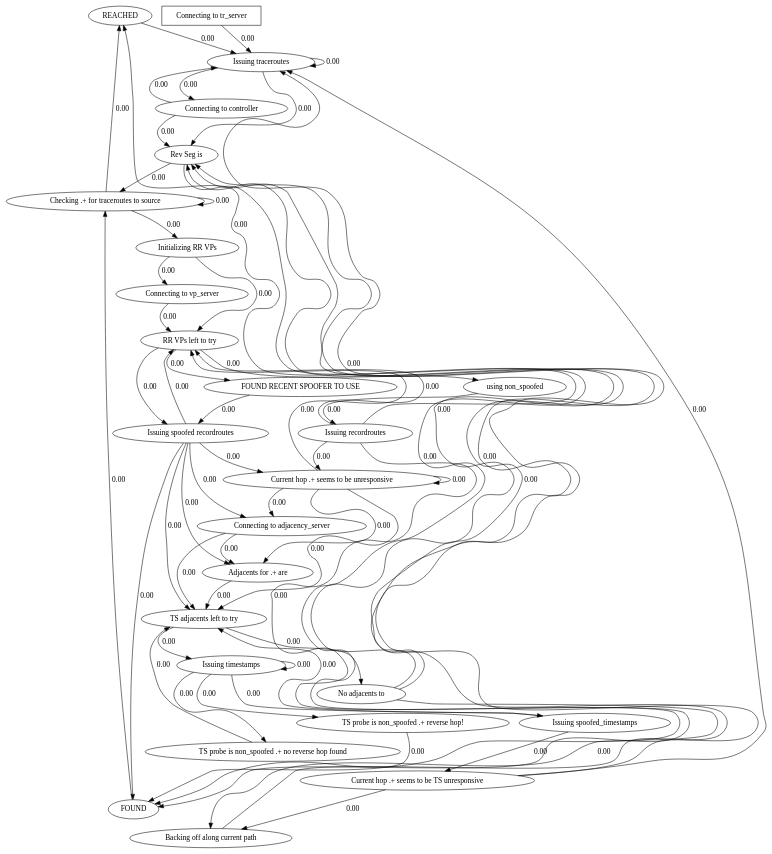
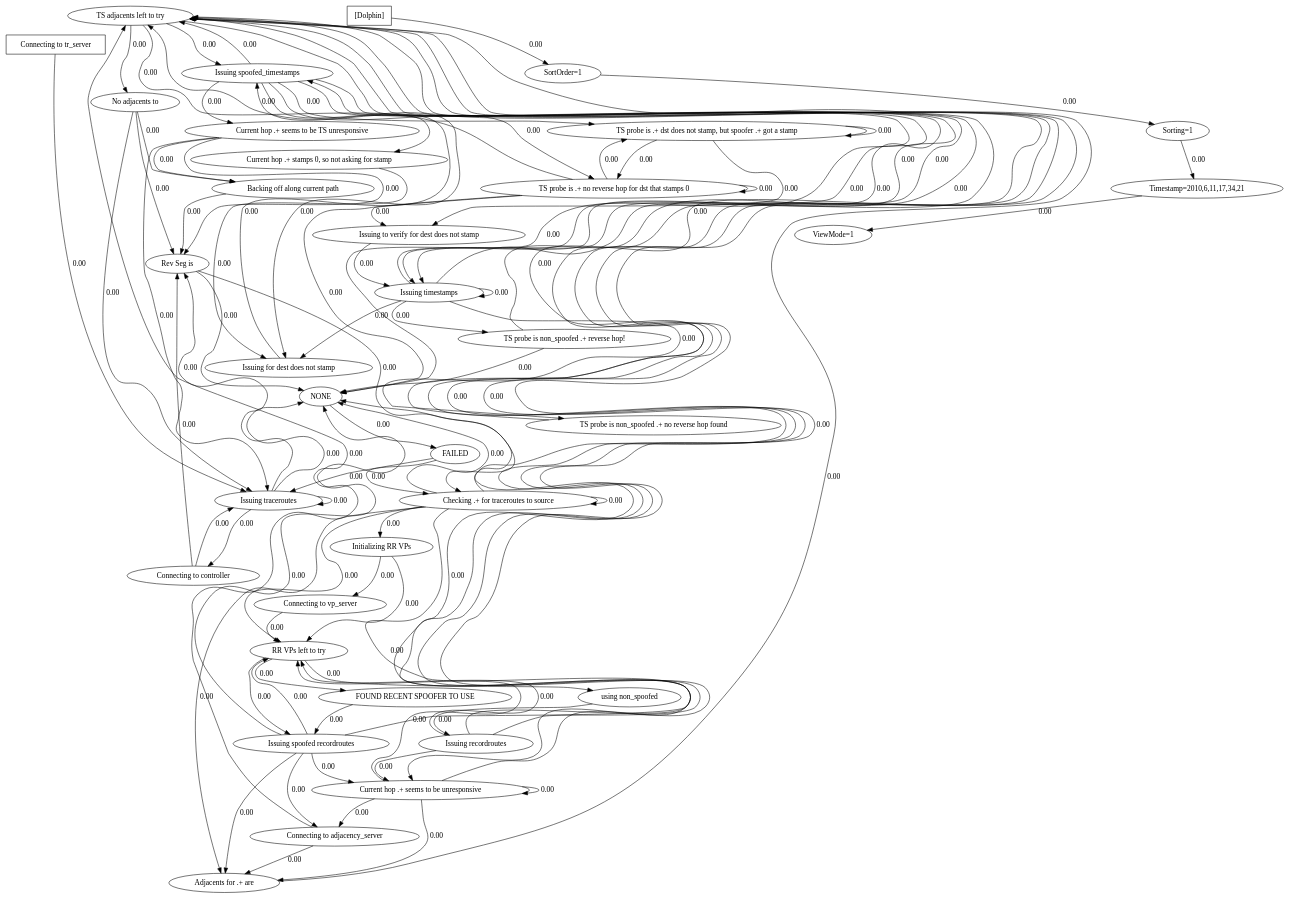
Before and after one commit to ModelInference/synoptic: the diagram in output/reverseTraceroute/input.dot, drawn with Graphviz. The commit also changed 7 other files, not shown here.

```diff
--- a/output/reverseTraceroute/input.dot
+++ b/output/reverseTraceroute/input.dot
@@ -1,83 +1,124 @@
 digraph {
-  869512973 [label="REACHED"];
-869512973->1115085362 [label="0.00", weight="0.00"];
-  491720628 [label="Connecting to vp_server"];
-491720628->278319376 [label="0.00", weight="0.00"];
-  149891765 [label="Checking .+ for traceroutes to source"];
-149891765->149891765 [label="0.00", weight="0.00"];
-149891765->1198589960 [label="0.00", weight="0.00"];
-149891765->869512973 [label="0.00", weight="0.00"];
-  1944615136 [label="Connecting to controller"];
-1944615136->1936345914 [label="0.00", weight="0.00"];
-1944615136->1115085362 [label="0.00", weight="0.00"];
-  1932410483 [label="Current hop .+ seems to be TS unresponsive"];
-1932410483->1115085362 [label="0.00", weight="0.00"];
-1932410483->1936345914 [label="0.00", weight="0.00"];
-1932410483->2143963240 [label="0.00", weight="0.00"];
-  278319376 [label="RR VPs left to try"];
-278319376->1623409844 [label="0.00", weight="0.00"];
-278319376->232576424 [label="0.00", weight="0.00"];
-278319376->592967059 [label="0.00", weight="0.00"];
-  1304848860 [label="No adjacents to"];
-1304848860->1936345914 [label="0.00", weight="0.00"];
-1304848860->1115085362 [label="0.00", weight="0.00"];
-1304848860->2143963240 [label="0.00", weight="0.00"];
-  1673238533 [label="Adjacents for .+ are"];
-1673238533->831521140 [label="0.00", weight="0.00"];
-  250023419 [label="Current hop .+ seems to be unresponsive"];
-250023419->831521140 [label="0.00", weight="0.00"];
-250023419->278319376 [label="0.00", weight="0.00"];
-250023419->1431805252 [label="0.00", weight="0.00"];
-250023419->250023419 [label="0.00", weight="0.00"];
-250023419->1673238533 [label="0.00", weight="0.00"];
-  491786856 [label="TS probe is non_spoofed .+ no reverse hop found"];
-491786856->831521140 [label="0.00", weight="0.00"];
-  1115085362 [label="Issuing traceroutes"];
-1115085362->1936345914 [label="0.00", weight="0.00"];
-1115085362->1115085362 [label="0.00", weight="0.00"];
-1115085362->1944615136 [label="0.00", weight="0.00"];
-  1796605729 [label="TS probe is non_spoofed .+ reverse hop!"];
-1796605729->1665589601 [label="0.00", weight="0.00"];
-  821666666 [label="Issuing timestamps"];
-821666666->1699708951 [label="0.00", weight="0.00"];
-821666666->491786856 [label="0.00", weight="0.00"];
-821666666->1796605729 [label="0.00", weight="0.00"];
-821666666->821666666 [label="0.00", weight="0.00"];
-  232576424 [label="using non_spoofed"];
-232576424->494369266 [label="0.00", weight="0.00"];
-  1431805252 [label="Connecting to adjacency_server"];
-1431805252->1673238533 [label="0.00", weight="0.00"];
-1431805252->831521140 [label="0.00", weight="0.00"];
-  2143963240 [label="Backing off along current path"];
-2143963240->1936345914 [label="0.00", weight="0.00"];
-  831521140 [label="TS adjacents left to try"];
-831521140->821666666 [label="0.00", weight="0.00"];
-831521140->1304848860 [label="0.00", weight="0.00"];
-  1665589601 [label="FOUND"];
-1665589601->149891765 [label="0.00", weight="0.00"];
-  1198589960 [label="Initializing RR VPs"];
-1198589960->491720628 [label="0.00", weight="0.00"];
-1198589960->278319376 [label="0.00", weight="0.00"];
-  592967059 [label="FOUND RECENT SPOOFER TO USE"];
-592967059->1623409844 [label="0.00", weight="0.00"];
-  1180867063 [label="Connecting to tr_server",shape=box];
-1180867063->1115085362 [label="0.00", weight="0.00"];
-  1699708951 [label="Issuing spoofed_timestamps"];
-1699708951->1932410483 [label="0.00", weight="0.00"];
-1699708951->831521140 [label="0.00", weight="0.00"];
-  1936345914 [label="Rev Seg is"];
-1936345914->149891765 [label="0.00", weight="0.00"];
-1936345914->1665589601 [label="0.00", weight="0.00"];
-  494369266 [label="Issuing recordroutes"];
-494369266->250023419 [label="0.00", weight="0.00"];
-494369266->278319376 [label="0.00", weight="0.00"];
-494369266->1665589601 [label="0.00", weight="0.00"];
-494369266->869512973 [label="0.00", weight="0.00"];
-  1623409844 [label="Issuing spoofed recordroutes"];
-1623409844->250023419 [label="0.00", weight="0.00"];
-1623409844->1665589601 [label="0.00", weight="0.00"];
-1623409844->831521140 [label="0.00", weight="0.00"];
-1623409844->278319376 [label="0.00", weight="0.00"];
-1623409844->1673238533 [label="0.00", weight="0.00"];
-1623409844->1431805252 [label="0.00", weight="0.00"];
+  906259042 [label="TS adjacents left to try"];
+906259042->1609367329 [label="0.00", weight="0.00"];
+906259042->2054463187 [label="0.00", weight="0.00"];
+906259042->341890224 [label="0.00", weight="0.00"];
+906259042->1848665768 [label="0.00", weight="0.00"];
+  907466781 [label="Backing off along current path"];
+907466781->1273403824 [label="0.00", weight="0.00"];
+  1420852971 [label="Issuing spoofed recordroutes"];
+1420852971->1718126592 [label="0.00", weight="0.00"];
+1420852971->399730538 [label="0.00", weight="0.00"];
+1420852971->906259042 [label="0.00", weight="0.00"];
+1420852971->1764797472 [label="0.00", weight="0.00"];
+1420852971->1867075535 [label="0.00", weight="0.00"];
+1420852971->1080164538 [label="0.00", weight="0.00"];
+  1867075535 [label="Adjacents for .+ are"];
+1867075535->906259042 [label="0.00", weight="0.00"];
+  297872550 [label="TS probe is .+ dst does not stamp, but spoofer .+ got a stamp"];
+297872550->248691802 [label="0.00", weight="0.00"];
+297872550->297872550 [label="0.00", weight="0.00"];
+297872550->1630239043 [label="0.00", weight="0.00"];
+  1764797472 [label="Current hop .+ seems to be unresponsive"];
+1764797472->1718126592 [label="0.00", weight="0.00"];
+1764797472->1764797472 [label="0.00", weight="0.00"];
+1764797472->1080164538 [label="0.00", weight="0.00"];
+1764797472->906259042 [label="0.00", weight="0.00"];
+1764797472->1867075535 [label="0.00", weight="0.00"];
+  732157980 [label="Issuing for dest does not stamp"];
+732157980->2054463187 [label="0.00", weight="0.00"];
+  1273403824 [label="Rev Seg is"];
+1273403824->1541694370 [label="0.00", weight="0.00"];
+1273403824->399730538 [label="0.00", weight="0.00"];
+  1609367329 [label="No adjacents to"];
+1609367329->1273403824 [label="0.00", weight="0.00"];
+1609367329->1488514182 [label="0.00", weight="0.00"];
+1609367329->907466781 [label="0.00", weight="0.00"];
+  1708495747 [label="Timestamp=2010,6,11,17,34,21"];
+1708495747->1212078955 [label="0.00", weight="0.00"];
+  2027708181 [label="Issuing recordroutes"];
+2027708181->1718126592 [label="0.00", weight="0.00"];
+2027708181->399730538 [label="0.00", weight="0.00"];
+2027708181->1764797472 [label="0.00", weight="0.00"];
+2027708181->906259042 [label="0.00", weight="0.00"];
+  2054463187 [label="Issuing spoofed_timestamps"];
+2054463187->1646122075 [label="0.00", weight="0.00"];
+2054463187->906259042 [label="0.00", weight="0.00"];
+2054463187->1630239043 [label="0.00", weight="0.00"];
+2054463187->399730538 [label="0.00", weight="0.00"];
+2054463187->297872550 [label="0.00", weight="0.00"];
+2054463187->732157980 [label="0.00", weight="0.00"];
+2054463187->341890224 [label="0.00", weight="0.00"];
+  257728957 [label="using non_spoofed"];
+257728957->2027708181 [label="0.00", weight="0.00"];
+  341890224 [label="Issuing timestamps"];
+341890224->2120707443 [label="0.00", weight="0.00"];
+341890224->2054463187 [label="0.00", weight="0.00"];
+341890224->276043966 [label="0.00", weight="0.00"];
+341890224->906259042 [label="0.00", weight="0.00"];
+341890224->341890224 [label="0.00", weight="0.00"];
+341890224->732157980 [label="0.00", weight="0.00"];
+  1630239043 [label="TS probe is .+ no reverse hop for dst that stamps 0"];
+1630239043->1630239043 [label="0.00", weight="0.00"];
+1630239043->906259042 [label="0.00", weight="0.00"];
+1630239043->399730538 [label="0.00", weight="0.00"];
+1630239043->248691802 [label="0.00", weight="0.00"];
+1630239043->297872550 [label="0.00", weight="0.00"];
+  176064300 [label="FAILED"];
+176064300->1541694370 [label="0.00", weight="0.00"];
+176064300->1488514182 [label="0.00", weight="0.00"];
+  399730538 [label="NONE"];
+399730538->176064300 [label="0.00", weight="0.00"];
+  248691802 [label="Issuing to verify for dest does not stamp"];
+248691802->341890224 [label="0.00", weight="0.00"];
+  365327273 [label="Initializing RR VPs"];
+365327273->1718126592 [label="0.00", weight="0.00"];
+365327273->1831227275 [label="0.00", weight="0.00"];
+  753701905 [label="Connecting to tr_server",shape=box];
+753701905->1488514182 [label="0.00", weight="0.00"];
+  943905242 [label="FOUND RECENT SPOOFER TO USE"];
+943905242->1420852971 [label="0.00", weight="0.00"];
+  276043966 [label="TS probe is non_spoofed .+ reverse hop!"];
+276043966->399730538 [label="0.00", weight="0.00"];
+276043966->906259042 [label="0.00", weight="0.00"];
+  1488514182 [label="Issuing traceroutes"];
+1488514182->1273403824 [label="0.00", weight="0.00"];
+1488514182->1488514182 [label="0.00", weight="0.00"];
+1488514182->942304350 [label="0.00", weight="0.00"];
+1488514182->399730538 [label="0.00", weight="0.00"];
+  1541694370 [label="Checking .+ for traceroutes to source"];
+1541694370->365327273 [label="0.00", weight="0.00"];
+1541694370->1541694370 [label="0.00", weight="0.00"];
+1541694370->399730538 [label="0.00", weight="0.00"];
+1541694370->1718126592 [label="0.00", weight="0.00"];
+1541694370->1764797472 [label="0.00", weight="0.00"];
+1541694370->906259042 [label="0.00", weight="0.00"];
+1541694370->1867075535 [label="0.00", weight="0.00"];
+  1080164538 [label="Connecting to adjacency_server"];
+1080164538->906259042 [label="0.00", weight="0.00"];
+1080164538->1867075535 [label="0.00", weight="0.00"];
+  1718126592 [label="RR VPs left to try"];
+1718126592->943905242 [label="0.00", weight="0.00"];
+1718126592->1420852971 [label="0.00", weight="0.00"];
+1718126592->257728957 [label="0.00", weight="0.00"];
+  2120707443 [label="TS probe is non_spoofed .+ no reverse hop found"];
+2120707443->906259042 [label="0.00", weight="0.00"];
+  759939152 [label="SortOrder=1"];
+759939152->806519038 [label="0.00", weight="0.00"];
+  942304350 [label="Connecting to controller"];
+942304350->1273403824 [label="0.00", weight="0.00"];
+942304350->1488514182 [label="0.00", weight="0.00"];
+  1831227275 [label="Connecting to vp_server"];
+1831227275->1718126592 [label="0.00", weight="0.00"];
+  381121243 [label="[Dolphin]",shape=box];
+381121243->759939152 [label="0.00", weight="0.00"];
+  1646122075 [label="Current hop .+ seems to be TS unresponsive"];
+1646122075->1273403824 [label="0.00", weight="0.00"];
+1646122075->907466781 [label="0.00", weight="0.00"];
+1646122075->1488514182 [label="0.00", weight="0.00"];
+  1212078955 [label="ViewMode=1"];
+  806519038 [label="Sorting=1"];
+806519038->1708495747 [label="0.00", weight="0.00"];
+  1848665768 [label="Current hop .+ stamps 0, so not asking for stamp"];
+1848665768->732157980 [label="0.00", weight="0.00"];
 } // digraph
```
